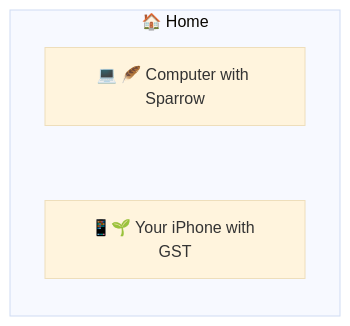
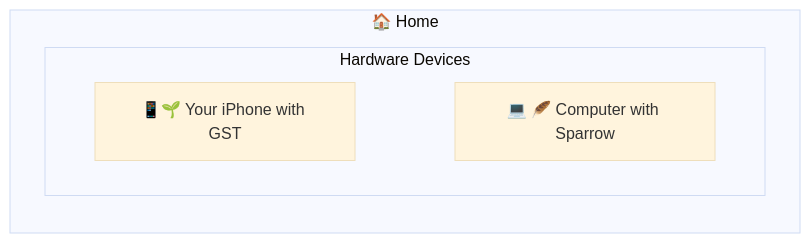
One commit to BlockchainCommons/SmartCustody changed the third of 55 diagrams in Docs/Scenario-Multisig.md. Above: the diagram before and after it, drawn with Mermaid (base theme). The commit also changed other lines of this file, not shown here.

````diff
--- a/Docs/Scenario-Multisig.md
+++ b/Docs/Scenario-Multisig.md
@@ -163,12 +163,15 @@
 ```mermaid
     graph BT
     linkStyle default stroke-width: 0px
 
     subgraph home["🏠 Home"]
     
+      subgraph "Hardware Devices"
+
       A1["💻 🪶 Computer with Sparrow"]
       A2["📱🌱 Your iPhone with GST"]
 
-      A1---A2
+      A2---A1
+      end
     end
 ```
````
